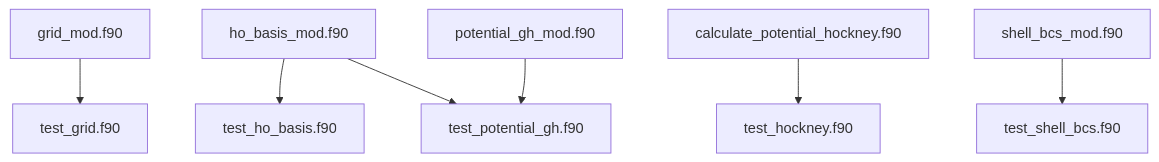
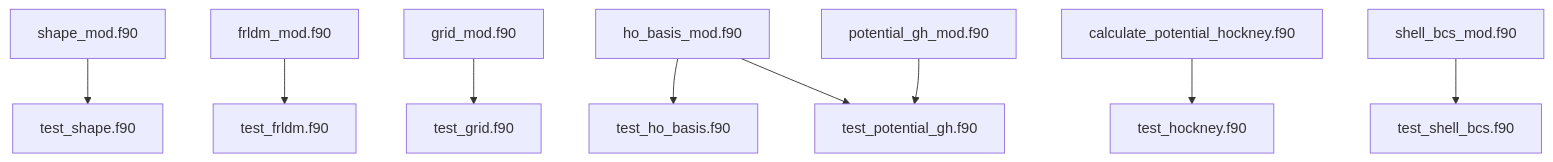
One commit to tanamarugithuber/Microscopic-Macroscopic- changed the second of 2 diagrams in README.md. Above: the diagram before and after it, drawn with Mermaid. The commit also changed other lines of this file and 17 other files, not shown here.

````diff
--- a/README.md
+++ b/README.md
@@ -46,9 +100,11 @@
 ```mermaid
 graph TD;
+    shape_mod.f90-->test_shape.f90;
+    frldm_mod.f90-->test_frldm.f90;
     grid_mod.f90-->test_grid.f90;
     ho_basis_mod.f90-->test_ho_basis.f90;
     ho_basis_mod.f90-->test_potential_gh.f90;
     potential_gh_mod.f90-->test_potential_gh.f90;
     calculate_potential_hockney.f90-->test_hockney.f90;
     shell_bcs_mod.f90-->test_shell_bcs.f90;
 ```
````
